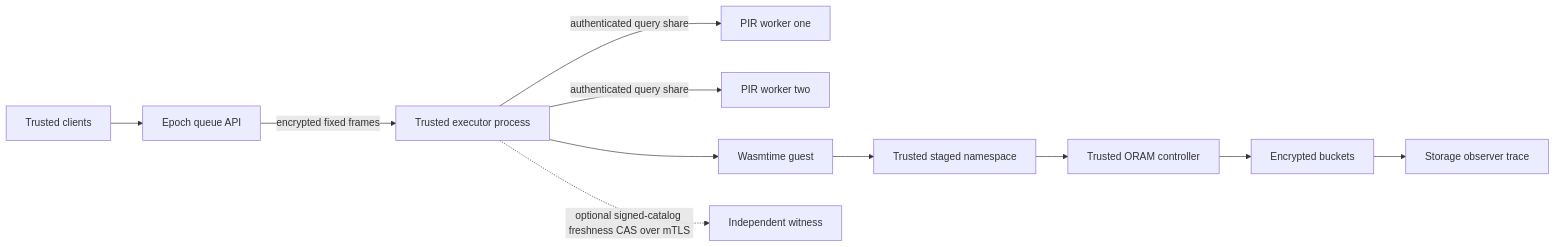
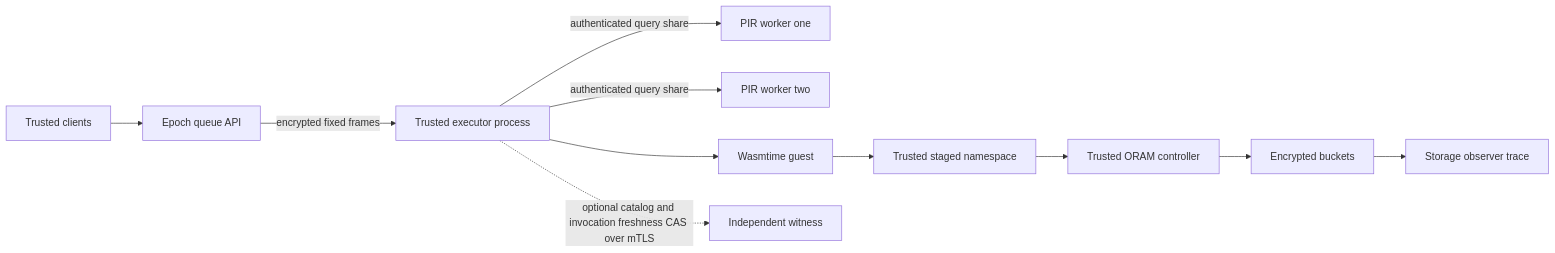
Before and after one commit to dumbly-smart/Oblivion: the diagram in docs/ARCHITECTURE.md, drawn with Mermaid. The commit also changed other lines of this file and 13 other files, not shown here.

````diff
--- a/docs/ARCHITECTURE.md
+++ b/docs/ARCHITECTURE.md
@@ -7,13 +7,13 @@
 ```mermaid
 flowchart LR
   C[Trusted clients] --> B[Epoch queue API]
   B -->|encrypted fixed frames| E[Trusted executor process]
   E -->|authenticated query share| P1[PIR worker one]
   E -->|authenticated query share| P2[PIR worker two]
   E --> W[Wasmtime guest]
   W --> T[Trusted staged namespace]
   T --> O[Trusted ORAM controller]
   O --> S[Encrypted buckets]
   S --> L[Storage observer trace]
-  E -. optional signed-catalog freshness CAS over mTLS .-> R[Independent witness]
+  E -. optional catalog and invocation freshness CAS over mTLS .-> R[Independent witness]
 ```
````
